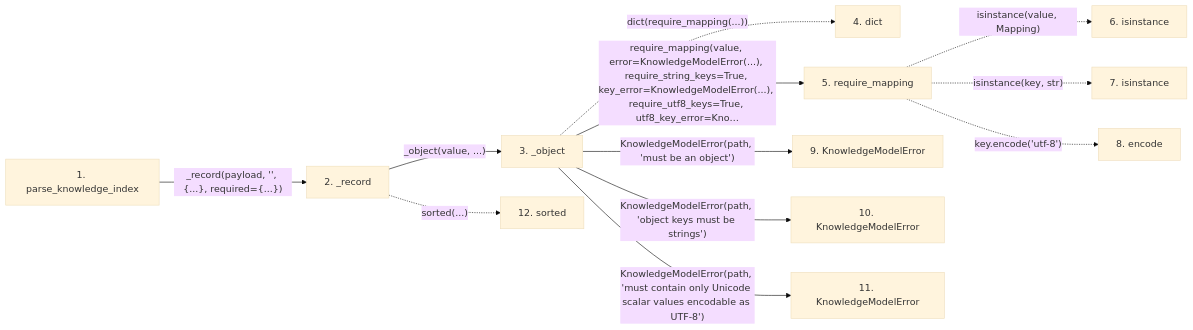
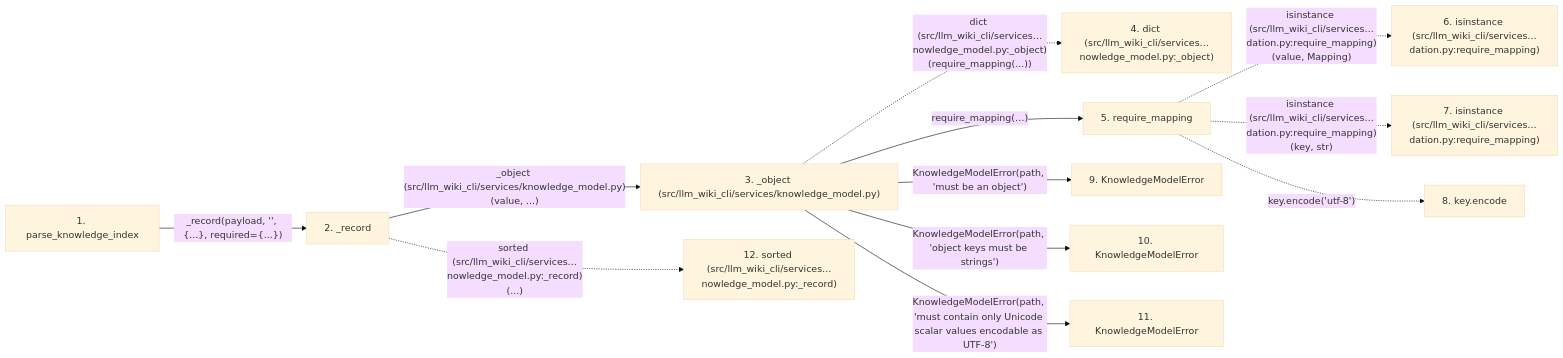
The second of 2 diagrams in docs/llm_wiki/flows/api-parse_knowledge_index.md (Denissvgn/python-wiki-llm), drawn with Mermaid (base theme) before and after one commit. The commit also changed other lines of this file and 719 other files, not shown here.

````diff
--- a/docs/llm_wiki/flows/api-parse_knowledge_index.md
+++ b/docs/llm_wiki/flows/api-parse_knowledge_index.md
@@ -82,33 +84,33 @@
 ```mermaid
 flowchart LR
     s1["1. parse_knowledge_index"]
     s2["2. _record"]
-    s3["3. _object"]
-    s4["4. dict"]
+    s3["3. _object (src/llm_wiki_cli/services/knowledge_model.py)"]
+    s4["4. dict (src/llm_wiki_cli/services…nowledge_model.py:_object)"]
     s5["5. require_mapping"]
-    s6["6. isinstance"]
-    s7["7. isinstance"]
-    s8["8. encode"]
+    s6["6. isinstance (src/llm_wiki_cli/services…dation.py:require_mapping)"]
+    s7["7. isinstance (src/llm_wiki_cli/services…dation.py:require_mapping)"]
+    s8["8. key.encode"]
     s9["9. KnowledgeModelError"]
     s10["10. KnowledgeModelError"]
     s11["11. KnowledgeModelError"]
-    s12["12. sorted"]
+    s12["12. sorted (src/llm_wiki_cli/services…nowledge_model.py:_record)"]
     s1 -->|"_record(payload, '', {...}, required={...})"| s2
-    s2 -->|"_object(value, ...)"| s3
-    s3 -. "dict(require_mapping(...))" .-> s4
-    s3 -->|"require_mapping(value, error=KnowledgeModelError(...), require_string_keys=True, key_error=KnowledgeModelError(...), require_utf8_keys=True, utf8_key_error=Kno…"| s5
-    s5 -. "isinstance(value, Mapping)" .-> s6
-    s5 -. "isinstance(key, str)" .-> s7
+    s2 -->|"_object (src/llm_wiki_cli/services/knowledge_model.py)(value, ...)"| s3
+    s3 -. "dict (src/llm_wiki_cli/services…nowledge_model.py:_object)(require_mapping(...))" .-> s4
+    s3 -->|"require_mapping(…)"| s5
+    s5 -. "isinstance (src/llm_wiki_cli/services…dation.py:require_mapping)(value, Mapping)" .-> s6
+    s5 -. "isinstance (src/llm_wiki_cli/services…dation.py:require_mapping)(key, str)" .-> s7
     s5 -. "key.encode('utf-8')" .-> s8
     s3 -->|"KnowledgeModelError(path, 'must be an object')"| s9
     s3 -->|"KnowledgeModelError(path, 'object keys must be strings')"| s10
     s3 -->|"KnowledgeModelError(path, 'must contain only Unicode scalar values encodable as UTF-8')"| s11
-    s2 -. "sorted(...)" .-> s12
+    s2 -. "sorted (src/llm_wiki_cli/services…nowledge_model.py:_record)(...)" .-> s12
     click s1 "../modules/knowledge_model.md"
     click s2 "../modules/knowledge_model.md"
     click s3 "../modules/knowledge_model.md"
     click s5 "../modules/validation.md"
     click s9 "../modules/knowledge_model.md"
     click s10 "../modules/knowledge_model.md"
     click s11 "../modules/knowledge_model.md"
 ```
````
